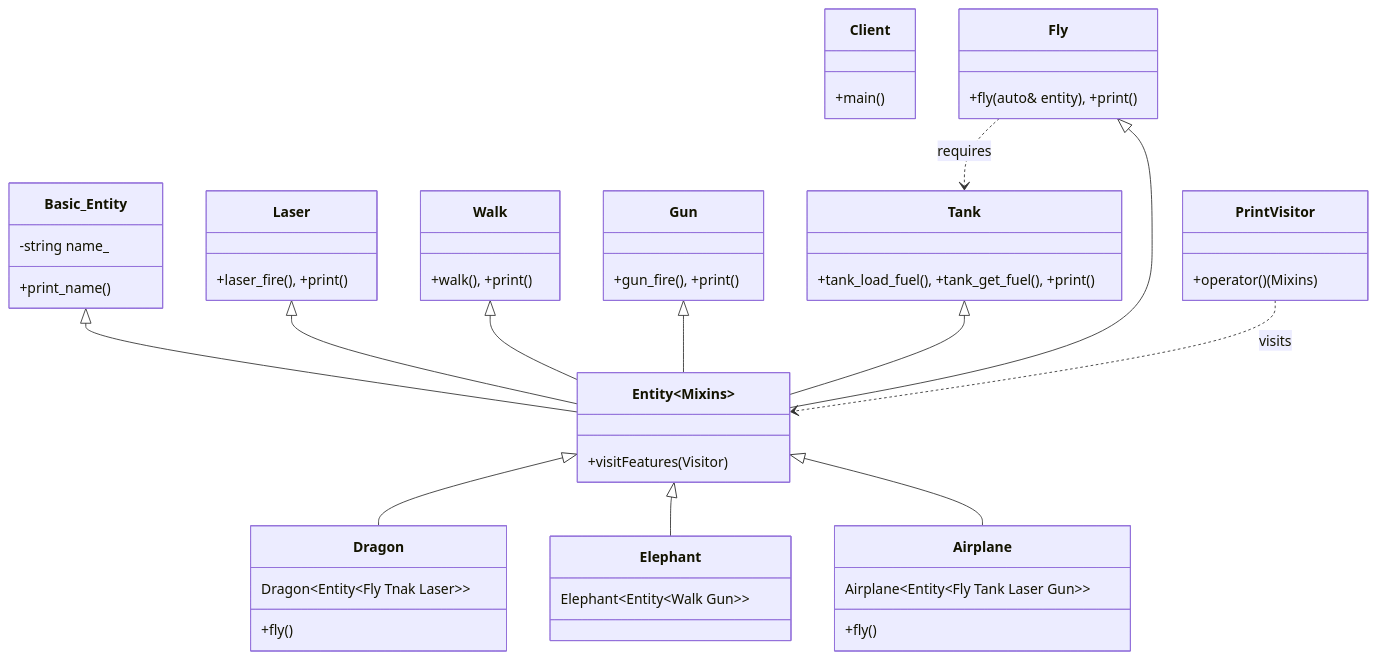
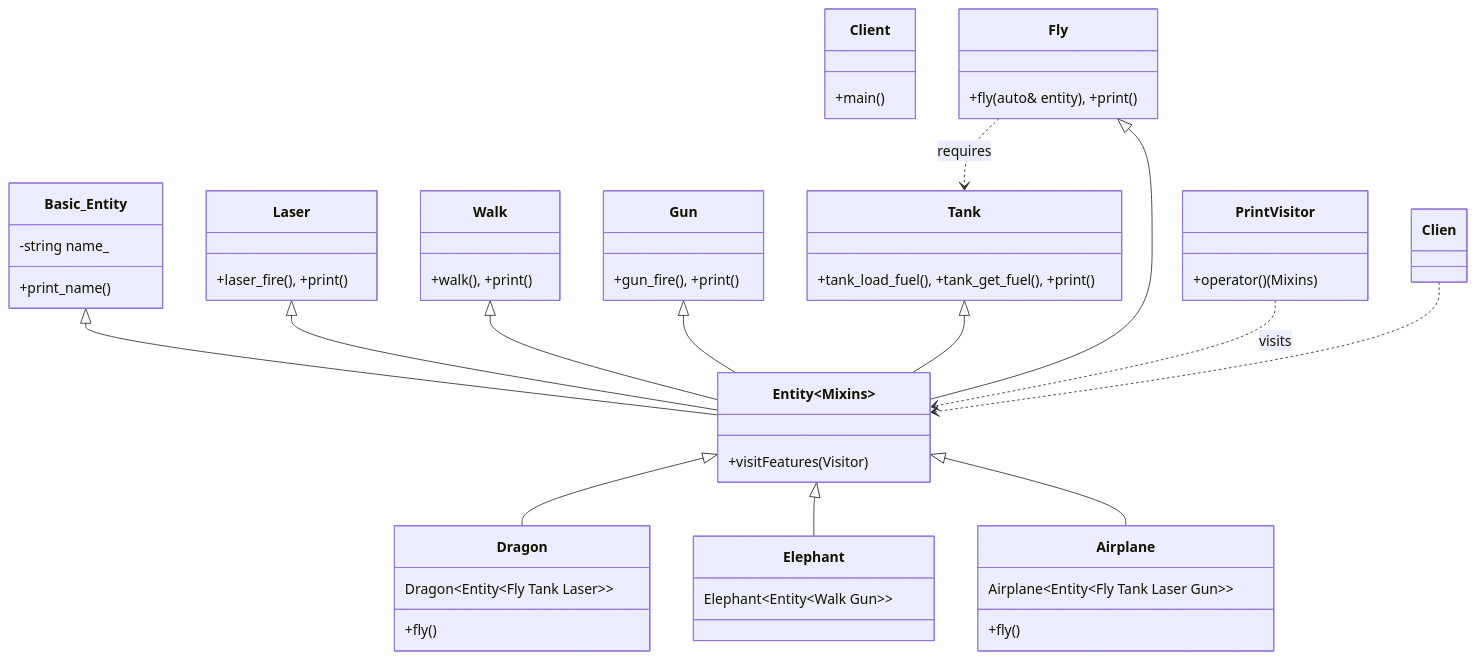
One commit to Cichlidfishexigency721/Modern-CPP-Design-Patterns changed the diagram in 15_Mixin/02_Advanced/diagram.md. Above: the diagram before and after it, drawn with Mermaid.

Commit message:
UML improvement

````diff
--- a/15_Mixin/02_Advanced/diagram.md
+++ b/15_Mixin/02_Advanced/diagram.md
@@ -3,60 +3,61 @@
 ```mermaid
 classDiagram
 %%---------------------------------------------------------------------- Main:
    class Client {
       +main()
    }
 
 %%---------------------------------------------------- Features (Mixin Parts):
    class Laser { +laser_fire(), +print() }
    class Walk { +walk(), +print() }
    class Gun { +gun_fire(), +print() }
    class Tank { +tank_load_fuel(), +tank_get_fuel(), +print() }
    class Fly { +fly(auto& entity), +print() }
 
 %%--------------------------------------------------------------------- Entity:
    class Basic_Entity {
       -string name_
       +print_name()
    }
 
    class Entity~Mixins~ {
       +visitFeatures(Visitor)
    }
 
 %%------------------------------------------------------------ Mixin Entities:
    class Dragon {
-      Dragon~Entity~Fly Tnak Laser~~
+      Dragon~Entity~Fly Tank Laser~~
       +fly()
    }
    class Elephant {
       Elephant~Entity~Walk Gun~~
    }
    class Airplane {
       Airplane~Entity~Fly Tank Laser Gun~~
       +fly()
    }
 
    class PrintVisitor {
       +operator()(Mixins)
    }
 
 %%----------------------------------------------------------- UML Composition:
    %% Multiple Inheritance (Horizontal Composition)
    %% No numbers used for inheritance
    Basic_Entity <|-- Entity~Mixins~
    Laser <|-- Entity~Mixins~
    Walk <|-- Entity~Mixins~
    Gun <|-- Entity~Mixins~
    Tank <|-- Entity~Mixins~
    Fly <|-- Entity~Mixins~
 
    %% Specific Entities
    Entity~Mixins~ <|-- Dragon
    Entity~Mixins~ <|-- Elephant
    Entity~Mixins~ <|-- Airplane
 
    %% Dependencies
    Fly ..> Tank : requires
    PrintVisitor ..> Entity~Mixins~ : visits
+   Clien ..> Entity~Mixins~
 ```
````
